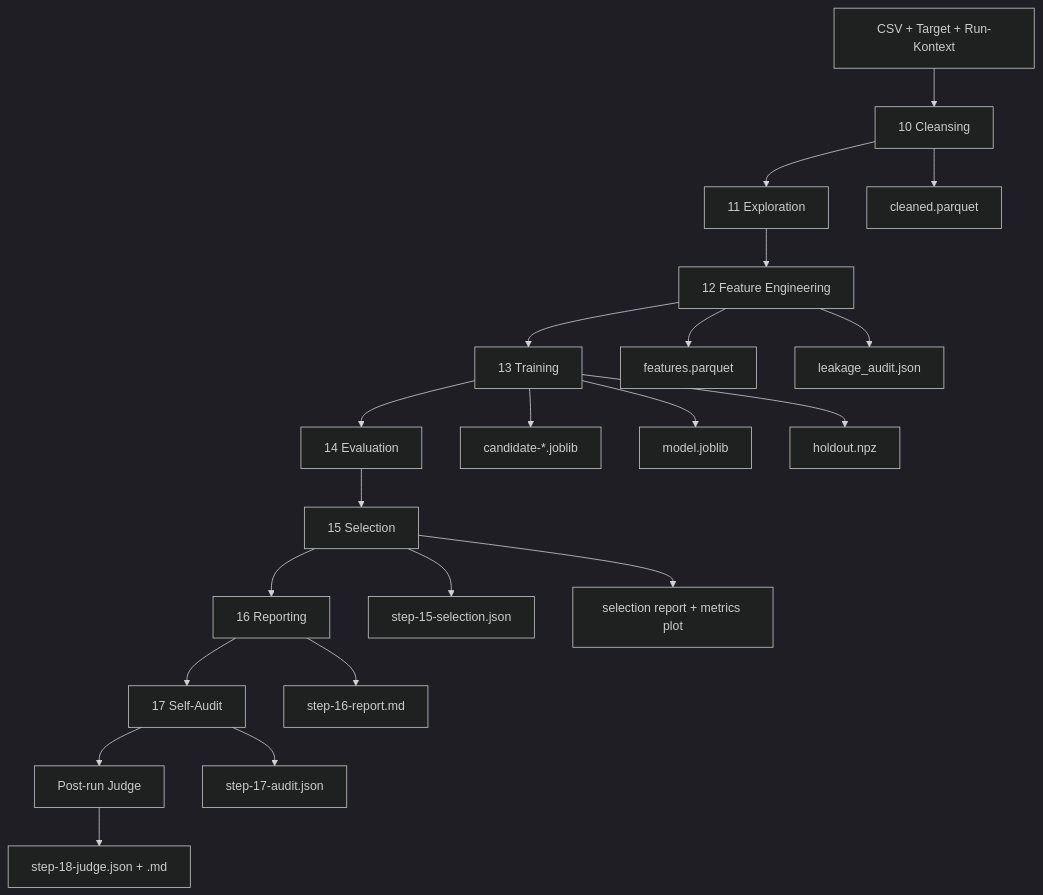
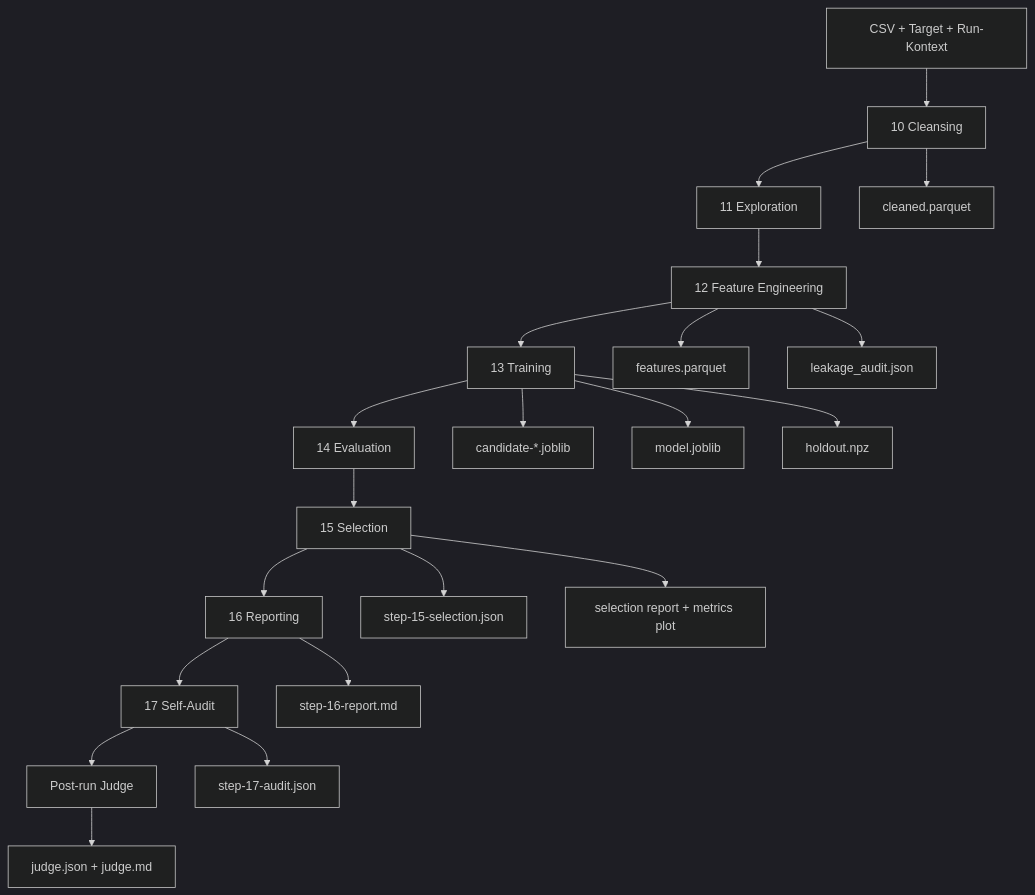
One commit to FelixTCP/data-forecast-generator_kip changed the first of 2 diagrams in SYSTEM-DOCUMENTATION.md. Above: the diagram before and after it, drawn with Mermaid (dark theme). The commit also changed other lines of this file and 9 other files, not shown here.

Commit message:
Ersetzung von step 18 judge zu executive summary

````diff
--- a/SYSTEM-DOCUMENTATION.md
+++ b/SYSTEM-DOCUMENTATION.md
@@ -284,24 +298,24 @@
 ```mermaid
 flowchart TD
     A["CSV + Target + Run-Kontext"] --> C["10 Cleansing"]
     C --> D["11 Exploration"]
     D --> E["12 Feature Engineering"]
     E --> F["13 Training"]
     F --> G["14 Evaluation"]
     G --> H["15 Selection"]
     H --> I["16 Reporting"]
     I --> J["17 Self-Audit"]
     J --> K["Post-run Judge"]
 
     C --> C1["cleaned.parquet"]
     E --> E1["features.parquet"]
     E --> E2["leakage_audit.json"]
     F --> F1["candidate-*.joblib"]
     F --> F2["model.joblib"]
     F --> F3["holdout.npz"]
     H --> H1["step-15-selection.json"]
     H --> H2["selection report + metrics plot"]
     I --> I1["step-16-report.md"]
     J --> J1["step-17-audit.json"]
-    K --> K1["step-18-judge.json + .md"]
+    K --> K1["judge.json + judge.md"]
 ```
````
